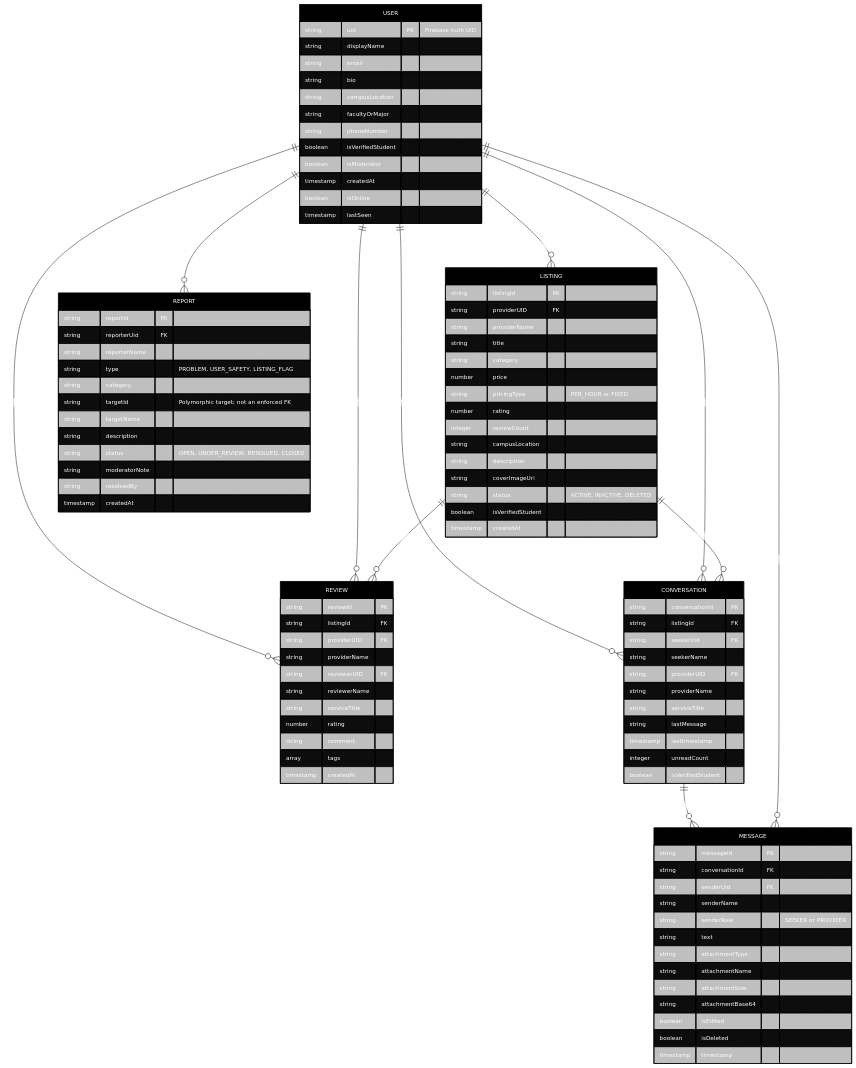
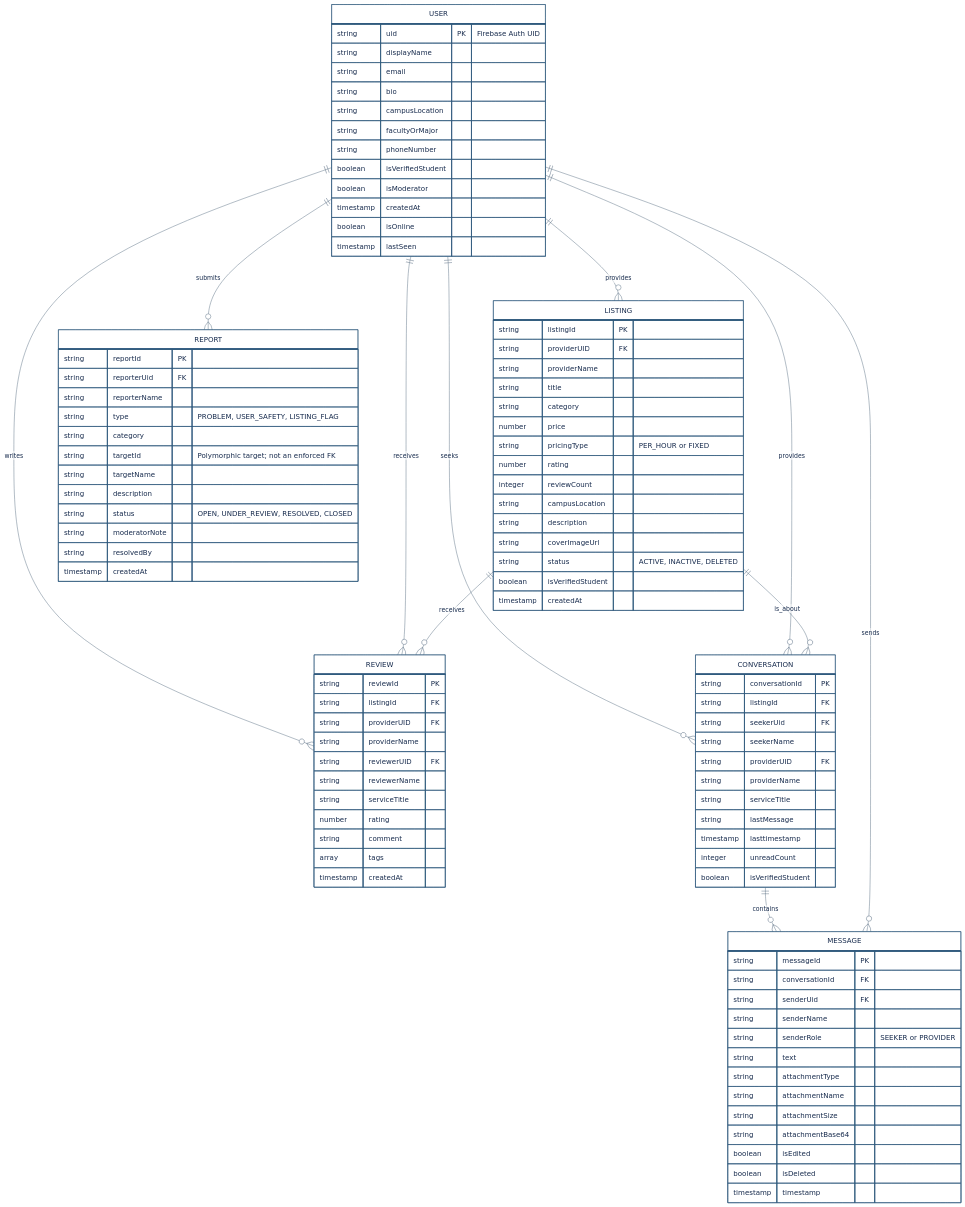
One commit to yonggk16/CampusHive changed the diagram in README.md. Above: the diagram before and after it, drawn with Mermaid.

Commit message:
Modify theme settings in README.md
Updated styling parameters in the README for better visual clarity.

```diff
--- a/README.md
+++ b/README.md
@@ -106,23 +106,27 @@
   'theme': 'base',
   'er': {
     'layoutDirection': 'LR',
-    'entityPadding': 15,
-    'stroke': '#000000',
-    'fill': '#000000'
+    'entityPadding': 16,
+    'stroke': '#315A7D',
+    'fill': '#EAF2F8',
+    'fontSize': 16
   },
   'themeVariables': {
-    'primaryColor': '#000000',
-    'primaryTextColor': '#ffffff',
-    'primaryBorderColor': '#000000',
-    'lineColor': '#000000',
-    'secondaryColor': '#ffffff',
-    'tertiaryColor': '#ffffff',
-    'mainBkg': '#000000',
-    'textColor': '#000000',
-    'attributeBackgroundColorOdd': '#ffffff',
-    'attributeBackgroundColorEven': '#ffffff',
+    'background': '#FFFFFF',
+    'primaryColor': '#EAF2F8',
+    'primaryTextColor': '#172B4D',
+    'primaryBorderColor': '#315A7D',
+    'lineColor': '#52677D',
+    'secondaryColor': '#F1F5F9',
+    'tertiaryColor': '#FFFFFF',
+    'mainBkg': '#FFFFFF',
+    'textColor': '#172B4D',
+    'entityBkg': '#EAF2F8',
+    'entityBorder': '#315A7D',
+    'attributeBackgroundColorOdd': '#FFFFFF',
+    'attributeBackgroundColorEven': '#F1F5F9',
     'fontFamily': 'Helvetica, Arial, sans-serif',
-    'fontSize': '13px'
+    'fontSize': '16px'
   }
 }}%%
 erDiagram
```
